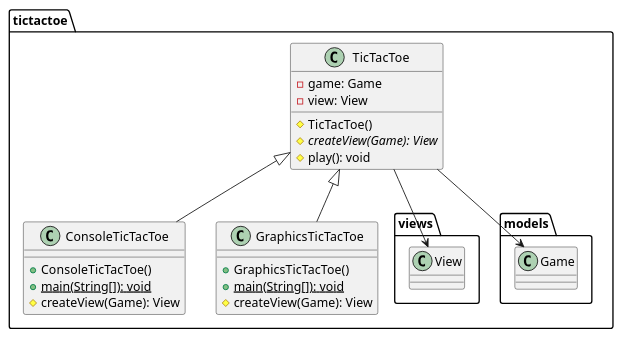
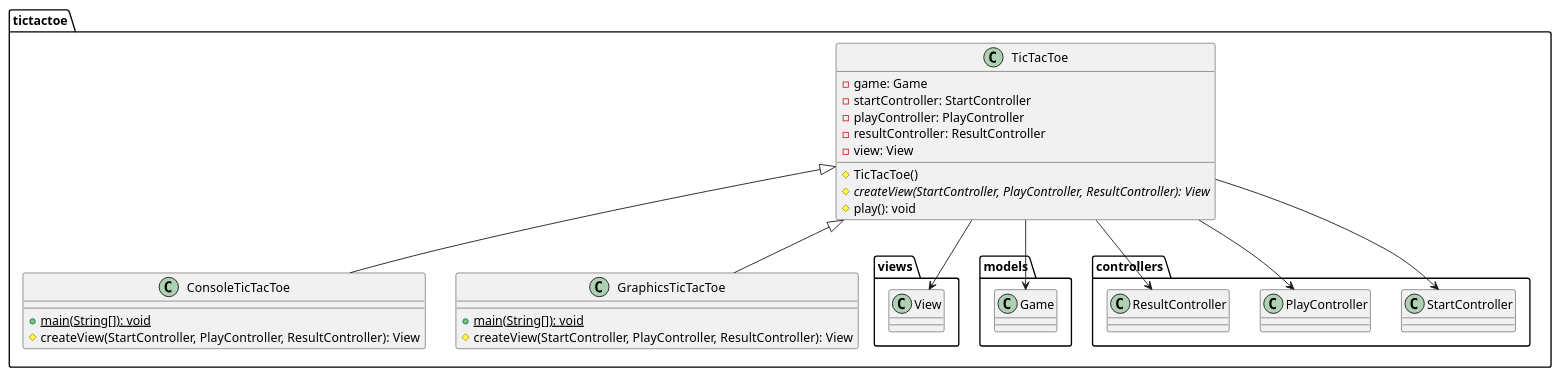
The second of 4 diagrams in docs/src/docs/asciidoc/index.adoc (x-USantaTecla-game-ticTacToe/java), drawn with PlantUML before and after one commit. The commit also changed other lines of this file and 47 other files, not shown here.

Commit message:
Update version modelViewPresenter.presentationModel with documentation and implementation

```diff
--- a/docs/src/docs/asciidoc/index.adoc
+++ b/docs/src/docs/asciidoc/index.adoc
@@ -73,28 +78,32 @@
-[plantuml,tictactoeVersion4,svg]
+[plantuml,tictactoeVersion5,svg]
 ....
 
 class  tictactoe.ConsoleTicTacToe{
-+ ConsoleTicTacToe()
 + {static} main(String[]): void
-# createView(Game): View
+# createView(StartController, PlayController, ResultController): View
 }
 tictactoe.TicTacToe <|-down- tictactoe.ConsoleTicTacToe
 
 class  tictactoe.GraphicsTicTacToe{
-+ GraphicsTicTacToe()
 + {static} main(String[]): void
-# createView(Game): View
+# createView(StartController, PlayController, ResultController): View
 }
 tictactoe.TicTacToe <|-down- tictactoe.GraphicsTicTacToe
 
 class  tictactoe.TicTacToe{
 - game: Game
+- startController: StartController
+- playController: PlayController
+- resultController: ResultController
 - view: View
 # TicTacToe()
-# {abstract} createView(Game): View
+# {abstract} createView(StartController, PlayController, ResultController): View
 # play(): void
 }
 tictactoe.TicTacToe --> tictactoe.views.View
 tictactoe.TicTacToe --> tictactoe.models.Game
+tictactoe.TicTacToe --> tictactoe.controllers.StartController
+tictactoe.TicTacToe --> tictactoe.controllers.PlayController
+tictactoe.TicTacToe --> tictactoe.controllers.ResultController
 
 ....
```
